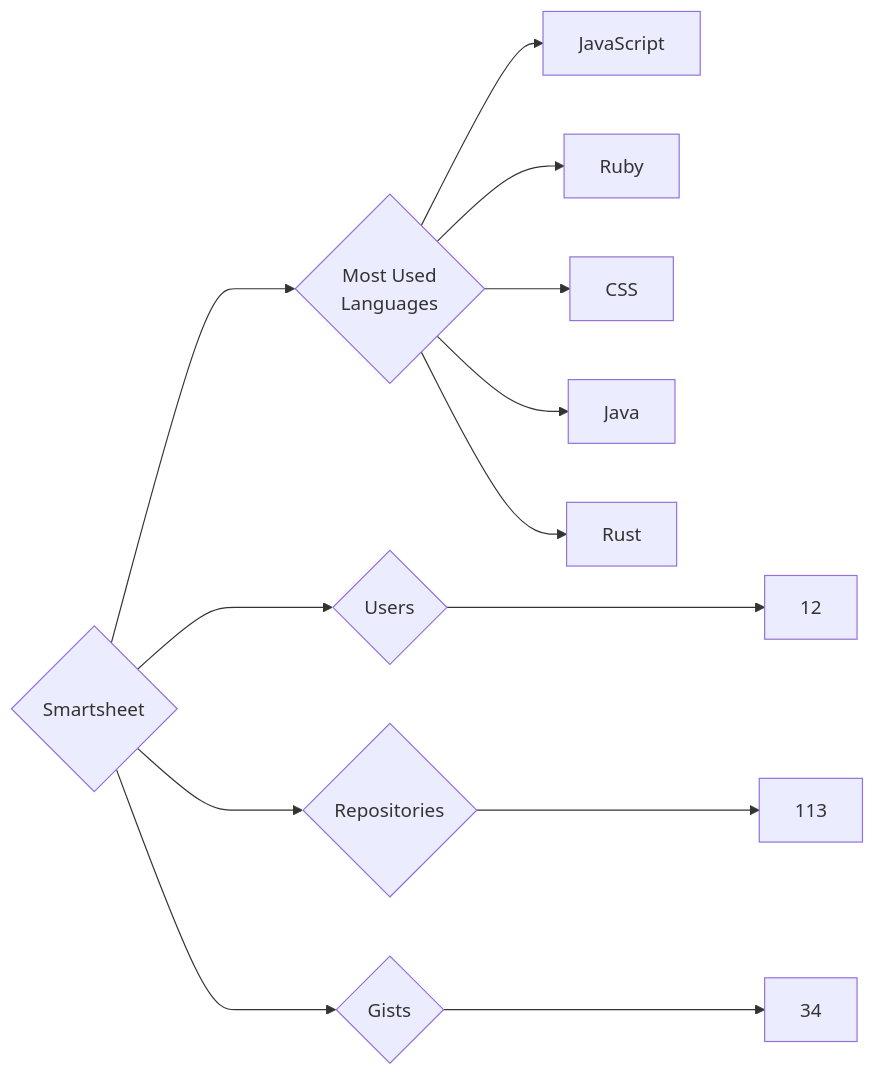
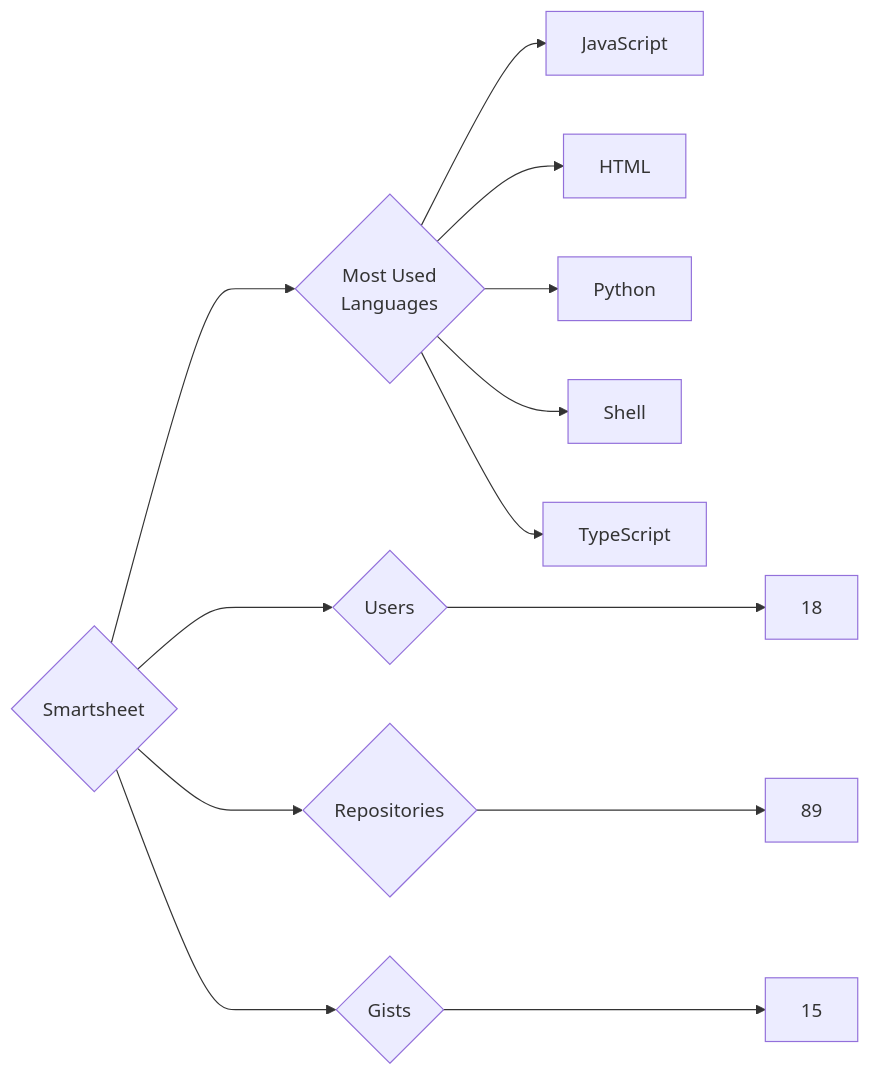
Before and after one commit to trickest/insiders: the diagram in targets/Smartsheet/README.md, drawn with Mermaid. The commit also changed 870 other files, not shown here.

````diff
--- a/targets/Smartsheet/README.md
+++ b/targets/Smartsheet/README.md
@@ -3,13 +3,13 @@
 ```mermaid
 graph LR
 COMPANY_NAME{Smartsheet}
-COMPANY_NAME ---> U{Users} ---> UN[12]
-COMPANY_NAME ---> R{Repositories} ---> RN[113]
-COMPANY_NAME ---> G{Gists} ---> GN[34]
+COMPANY_NAME ---> U{Users} ---> UN[18]
+COMPANY_NAME ---> R{Repositories} ---> RN[89]
+COMPANY_NAME ---> G{Gists} ---> GN[15]
 COMPANY_NAME ---> ML{Most Used<br>Languages}
 ML --> JavaScript[JavaScript]
-ML --> Ruby[Ruby]
-ML --> CSS[CSS]
-ML --> Java[Java]
-ML --> Rust[Rust]
+ML --> HTML[HTML]
+ML --> Python[Python]
+ML --> Shell[Shell]
+ML --> TypeScript[TypeScript]
 ```
````
